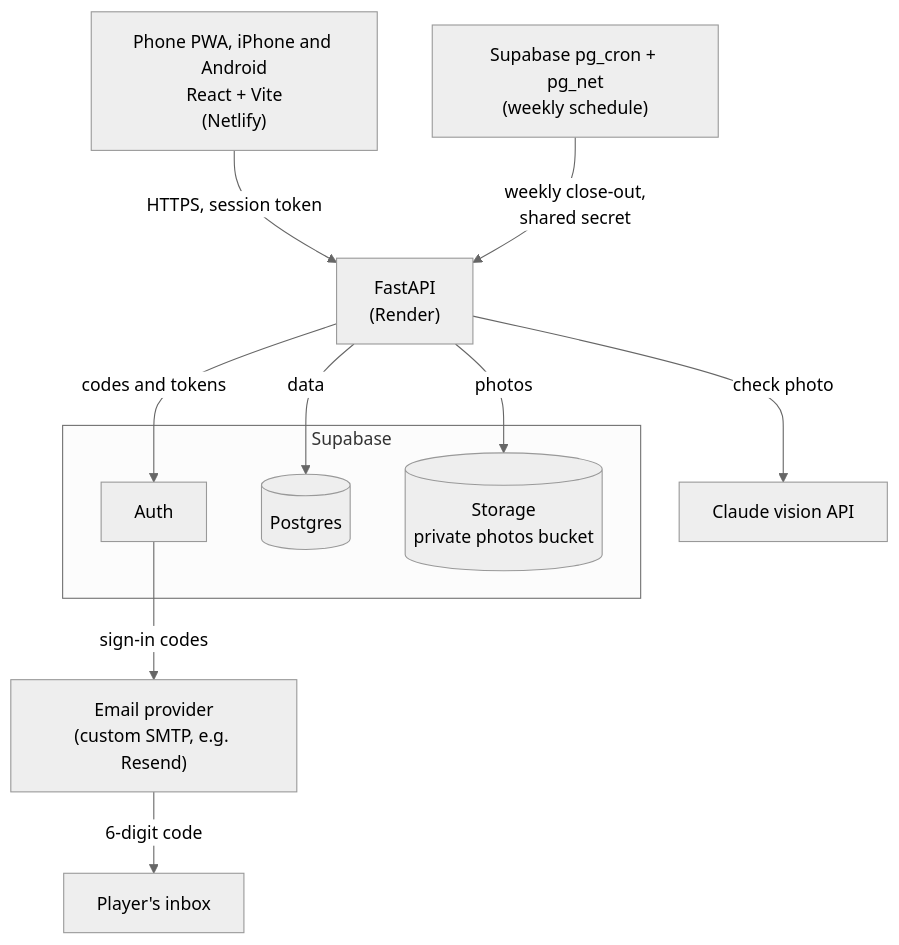
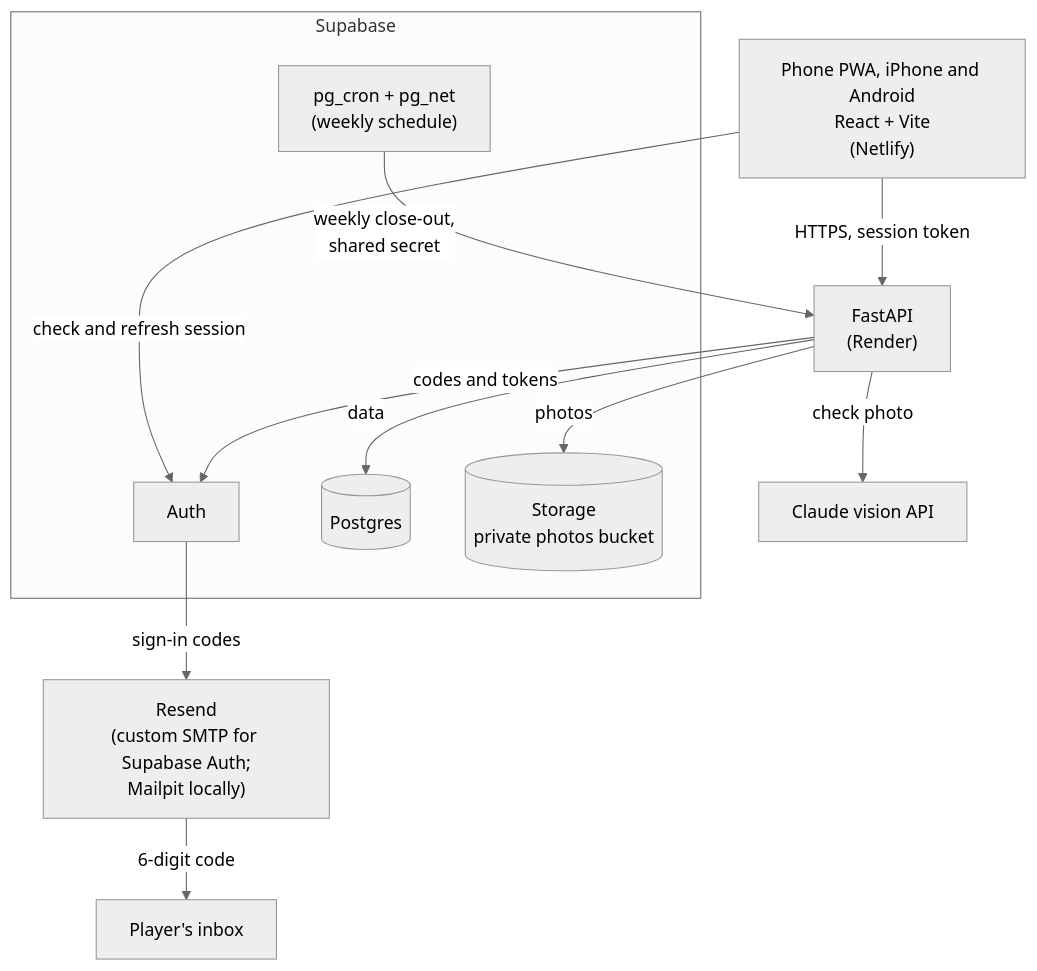
One commit to azamatsmith/soul-search changed the first of 5 diagrams in docs/architecture.md. Above: the diagram before and after it, drawn with Mermaid (neutral theme). The commit also changed other lines of this file and 51 other files, not shown here.

````diff
--- a/docs/architecture.md
+++ b/docs/architecture.md
@@ -9,24 +9,25 @@
 ```mermaid
 flowchart TB
     phone["Phone PWA, iPhone and Android<br/>React + Vite<br/>(Netlify)"]
     api["FastAPI<br/>(Render)"]
     claude["Claude vision API"]
-    email["Email provider<br/>(custom SMTP, e.g. Resend)"]
+    email["Resend<br/>(custom SMTP for Supabase Auth;<br/>Mailpit locally)"]
     inbox["Player's inbox"]
-    cron["Supabase pg_cron + pg_net<br/>(weekly schedule)"]
 
     subgraph supabase["Supabase"]
         auth["Auth"]
         db[("Postgres")]
         storage[("Storage<br/>private photos bucket")]
+        cron["pg_cron + pg_net<br/>(weekly schedule)"]
     end
 
     phone -- "HTTPS, session token" --> api
+    phone -- "check and refresh session" --> auth
     api -- "check photo" --> claude
     api -- "codes and tokens" --> auth
     api -- "data" --> db
     api -- "photos" --> storage
     cron -- "weekly close-out,<br/>shared secret" --> api
     auth -- "sign-in codes" --> email
     email -- "6-digit code" --> inbox
 ```
````
